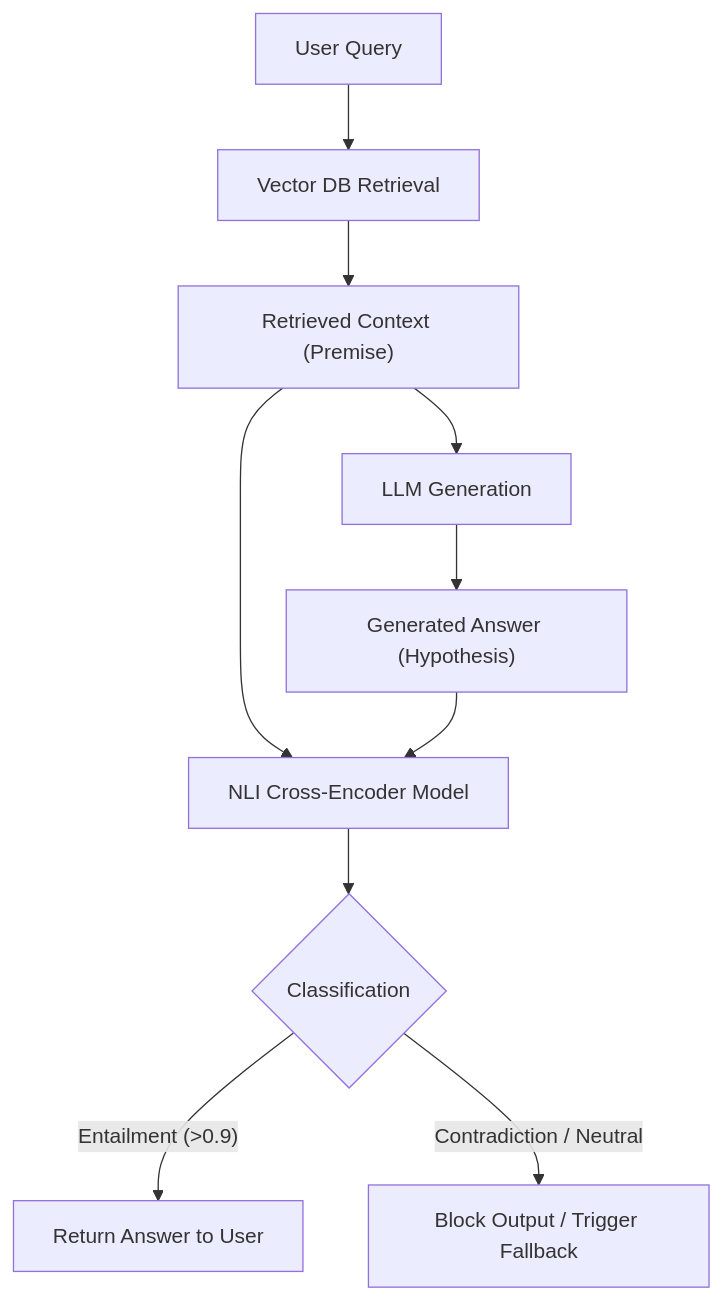
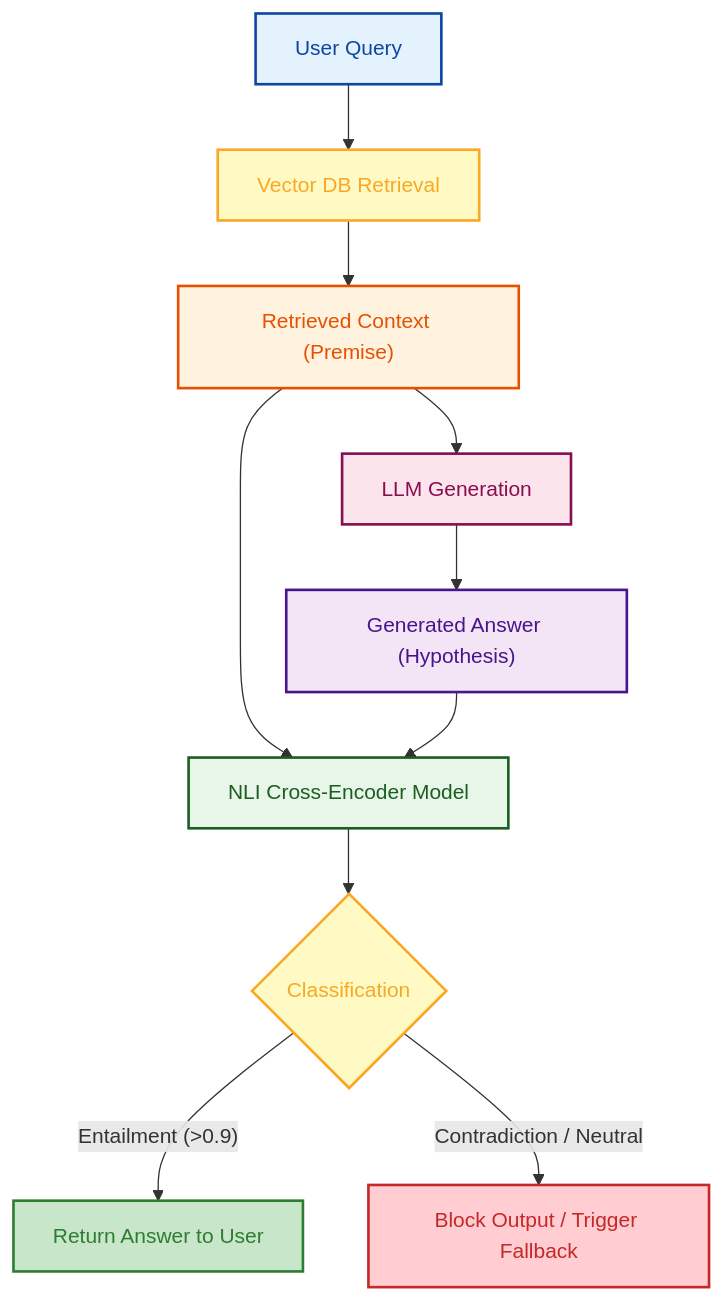
One commit to GyanendraChaubey/AI-Engineering-Notes changed the first of 2 diagrams in docs/11-hallucination/README.md. Above: the diagram before and after it, drawn with Mermaid. The commit also changed other lines of this file and 15 other files, not shown here.

Commit message:
style: apply light color palette to remaining Mermaid diagrams (docs 15 & 16)

````diff
--- a/docs/11-hallucination/README.md
+++ b/docs/11-hallucination/README.md
@@ -93,15 +93,24 @@
 ```mermaid
 flowchart TD
     A["User Query"] --> B["Vector DB Retrieval"]
     B --> C["Retrieved Context (Premise)"]
     
     C --> D["LLM Generation"]
     D --> E["Generated Answer (Hypothesis)"]
     
     C --> F["NLI Cross-Encoder Model"]
     E --> F
     
     F --> G{"Classification"}
     G -->|"Entailment (>0.9)"| H["Return Answer to User"]
     G -->|"Contradiction / Neutral"| I["Block Output / Trigger Fallback"]
+    style A fill:#e3f2fd,stroke:#0d47a1,stroke-width:2px,color:#0d47a1
+    style B fill:#fff9c4,stroke:#f9a825,stroke-width:2px,color:#f9a825
+    style C fill:#fff3e0,stroke:#e65100,stroke-width:2px,color:#e65100
+    style D fill:#fce4ec,stroke:#880e4f,stroke-width:2px,color:#880e4f
+    style E fill:#f3e5f5,stroke:#4a148c,stroke-width:2px,color:#4a148c
+    style F fill:#e8f5e9,stroke:#1b5e20,stroke-width:2px,color:#1b5e20
+    style G fill:#fff9c4,stroke:#f9a825,stroke-width:2px,color:#f9a825
+    style H fill:#c8e6c9,stroke:#2e7d32,stroke-width:2px,color:#2e7d32
+    style I fill:#ffcdd2,stroke:#c62828,stroke-width:2px,color:#c62828
 ```
````
